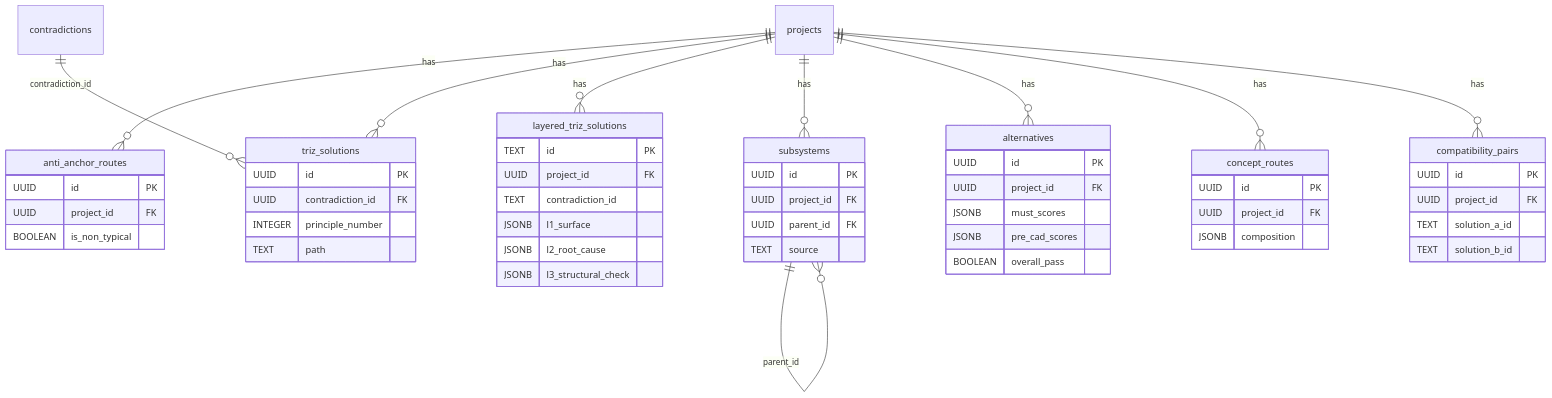
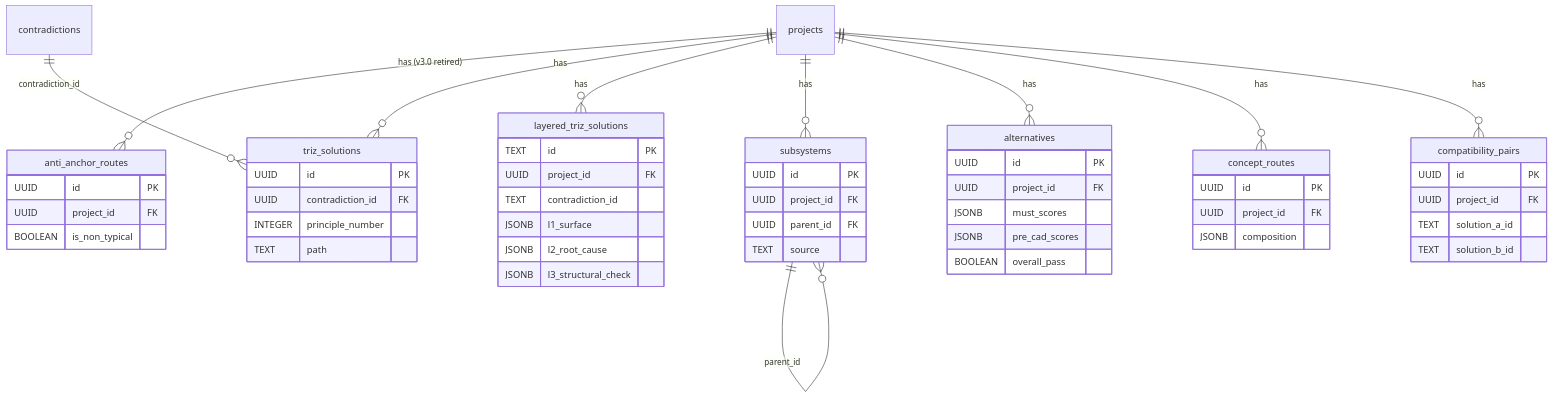
Before and after one commit to Zenobia0000/RD_copilot_system: the third of 5 diagrams in docs/01-define/diagrams/E4--erd.md, drawn with Mermaid. The commit also changed other lines of this file and 80 other files, not shown here.

````diff
--- a/docs/01-define/diagrams/E4--erd.md
+++ b/docs/01-define/diagrams/E4--erd.md
@@ -196,63 +196,64 @@
 ```mermaid
 erDiagram
-    projects ||--o{ anti_anchor_routes : has
+    projects ||--o{ anti_anchor_routes : "has (v3.0 retired)"
     projects ||--o{ triz_solutions : has
     projects ||--o{ layered_triz_solutions : has
     projects ||--o{ subsystems : has
     projects ||--o{ alternatives : has
     projects ||--o{ concept_routes : has
     projects ||--o{ compatibility_pairs : has
     contradictions ||--o{ triz_solutions : "contradiction_id"
     subsystems ||--o{ subsystems : "parent_id"
     %% subsystems ||--o{ scamper_variants : "subsystem_id"  %% v9 移除
 
     anti_anchor_routes {
         UUID id PK
         UUID project_id FK
         BOOLEAN is_non_typical
     }
+    %% anti_anchor_routes — v3.0 退役（Anti-Anchor 併入 TRIZ L1 跨域去錨定）；表保留供歷史資料參照
     triz_solutions {
         UUID id PK
         UUID contradiction_id FK
         INTEGER principle_number
         TEXT path
     }
     layered_triz_solutions {
         TEXT id PK
         UUID project_id FK
         TEXT contradiction_id
         JSONB l1_surface
         JSONB l2_root_cause
         JSONB l3_structural_check
     }
     subsystems {
         UUID id PK
         UUID project_id FK
         UUID parent_id FK
         TEXT source
     }
     alternatives {
         UUID id PK
         UUID project_id FK
         JSONB must_scores
         JSONB pre_cad_scores
         BOOLEAN overall_pass
     }
     %% scamper_variants — v9 移除（TRIZ 40 原理完全覆蓋）
     %% scamper_variants {
     %%     UUID id PK
     %%     UUID subsystem_id FK
     %%     TEXT action
     %% }
     concept_routes {
         UUID id PK
         UUID project_id FK
         JSONB composition
     }
     compatibility_pairs {
         UUID id PK
         UUID project_id FK
         TEXT solution_a_id
         TEXT solution_b_id
     }
 ```
````
